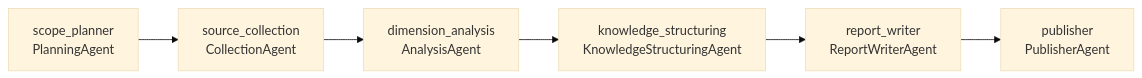
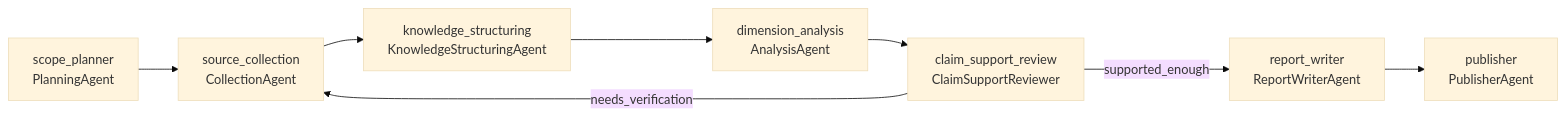
The second of 2 diagrams in README.md (ying123ww/rivalens), drawn with Mermaid (base theme) before and after one commit. The commit also changed other lines of this file and 14 other files, not shown here.

````diff
--- a/README.md
+++ b/README.md
@@ -80,8 +87,10 @@
 ```mermaid
 flowchart LR
     A["scope_planner\nPlanningAgent"] --> B["source_collection\nCollectionAgent"]
-    B --> D["dimension_analysis\nAnalysisAgent"]
-    D --> C["knowledge_structuring\nKnowledgeStructuringAgent"]
-    C --> E["report_writer\nReportWriterAgent"]
+    B --> C["knowledge_structuring\nKnowledgeStructuringAgent"]
+    C --> D["dimension_analysis\nAnalysisAgent"]
+    D --> G["claim_support_review\nClaimSupportReviewer"]
+    G -->|supported_enough| E["report_writer\nReportWriterAgent"]
+    G -->|needs_verification| B
     E --> F["publisher\nPublisherAgent"]
 ```
````
